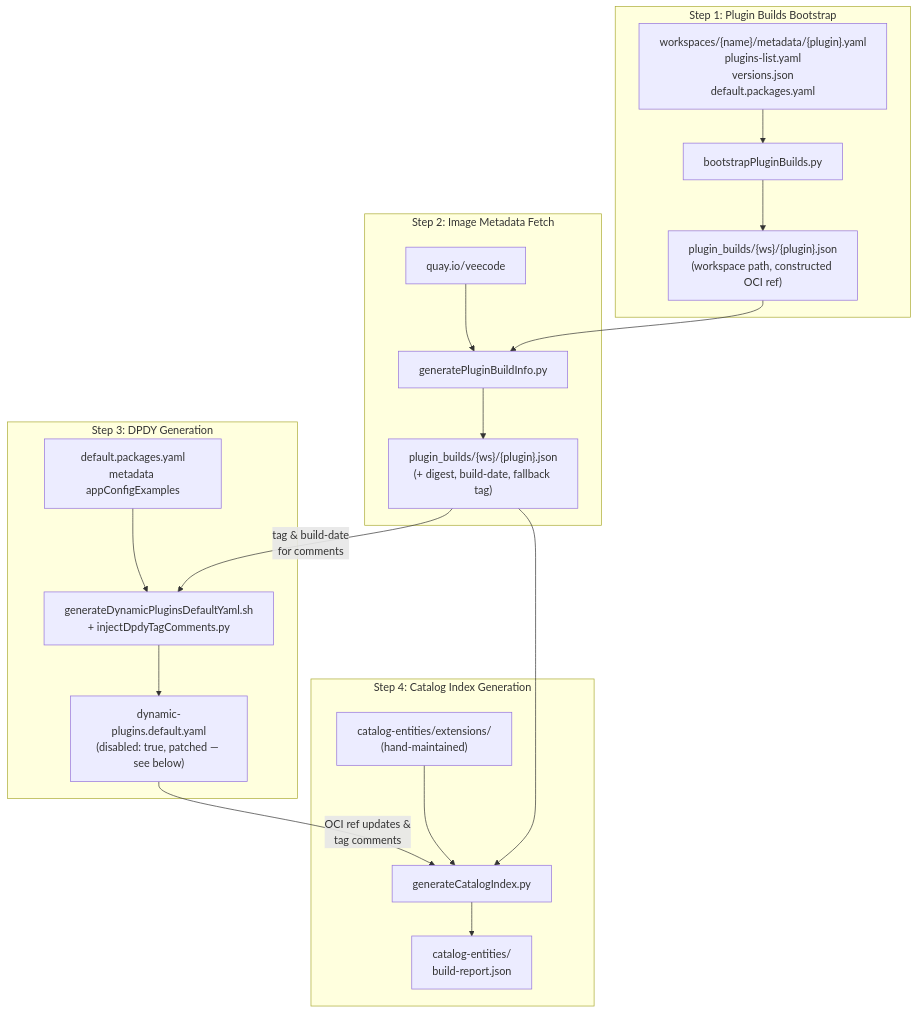
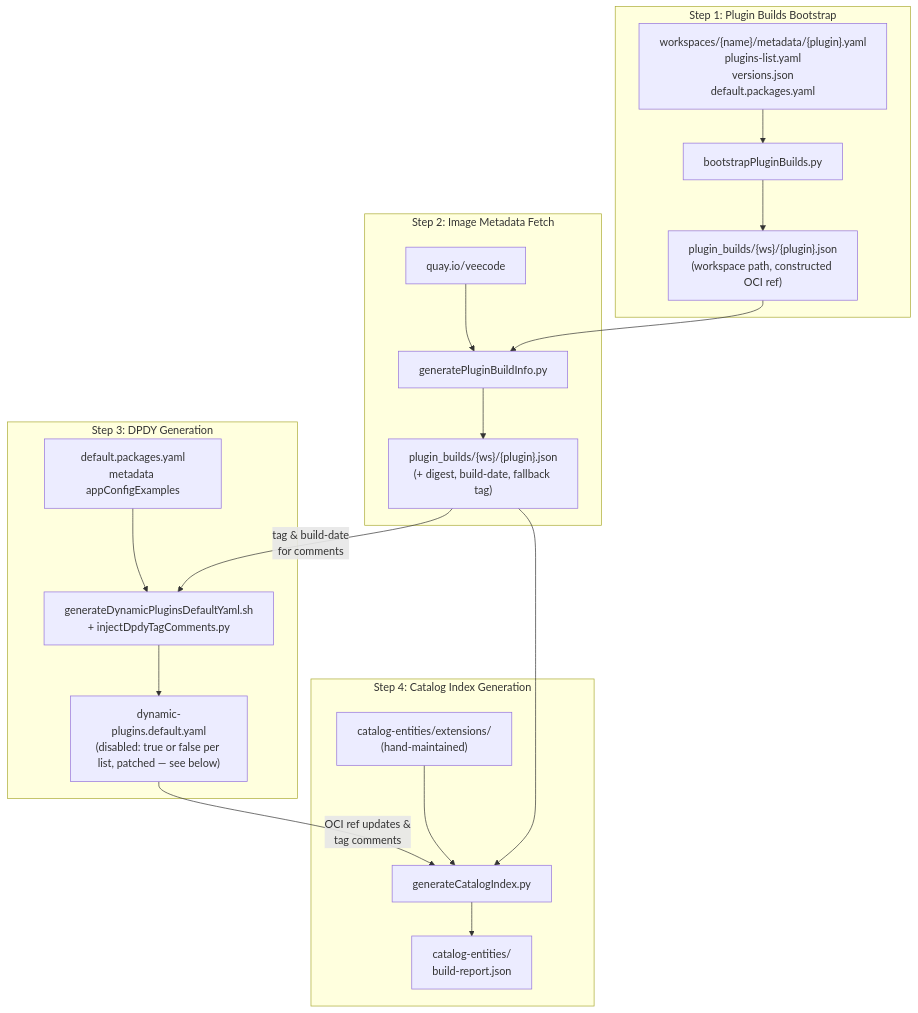
Before and after one commit to veecode-platform/devportal-plugin-export-overlays: the second of 2 diagrams in user-guide/07-plugin-catalog-index.md, drawn with Mermaid. The commit also changed other lines of this file, not shown here.

First line of the commit message:
docs(index): describe factory plugins enabled in the catalog index

````diff
--- a/user-guide/07-plugin-catalog-index.md
+++ b/user-guide/07-plugin-catalog-index.md
@@ -51,35 +51,35 @@
 ```mermaid
 flowchart TB
     subgraph "Step 1: Plugin Builds Bootstrap"
         S1_IN["workspaces/{name}/metadata/{plugin}.yaml<br/>plugins-list.yaml<br/>versions.json<br/>default.packages.yaml"]
         S1["bootstrapPluginBuilds.py"]
         S1_OUT["plugin_builds/{ws}/{plugin}.json<br/>(workspace path, constructed OCI ref)"]
         S1_IN --> S1 --> S1_OUT
     end
 
     subgraph "Step 2: Image Metadata Fetch"
         S2["generatePluginBuildInfo.py"]
         S2_OUT["plugin_builds/{ws}/{plugin}.json<br/>(+ digest, build-date, fallback tag)"]
         S1_OUT --> S2
         REG["quay.io/veecode"] --> S2
         S2 --> S2_OUT
     end
 
     subgraph "Step 3: DPDY Generation"
         S3_IN["default.packages.yaml<br/>metadata appConfigExamples"]
         S3["generateDynamicPluginsDefaultYaml.sh<br/>+ injectDpdyTagComments.py"]
-        S3_OUT["dynamic-plugins.default.yaml<br/>(disabled: true, patched — see below)"]
+        S3_OUT["dynamic-plugins.default.yaml<br/>(disabled: true or false per list, patched — see below)"]
         S3_IN --> S3
         S2_OUT -- "tag & build-date<br/>for comments" --> S3
         S3 --> S3_OUT
     end
 
     subgraph "Step 4: Catalog Index Generation"
         S4["generateCatalogIndex.py"]
         S4_OUT["catalog-entities/<br/>build-report.json"]
         S2_OUT --> S4
         S3_OUT -- "OCI ref updates &<br/>tag comments" --> S4
         CATS2["catalog-entities/extensions/<br/>(hand-maintained)"] --> S4
         S4 --> S4_OUT
     end
 ```
````
